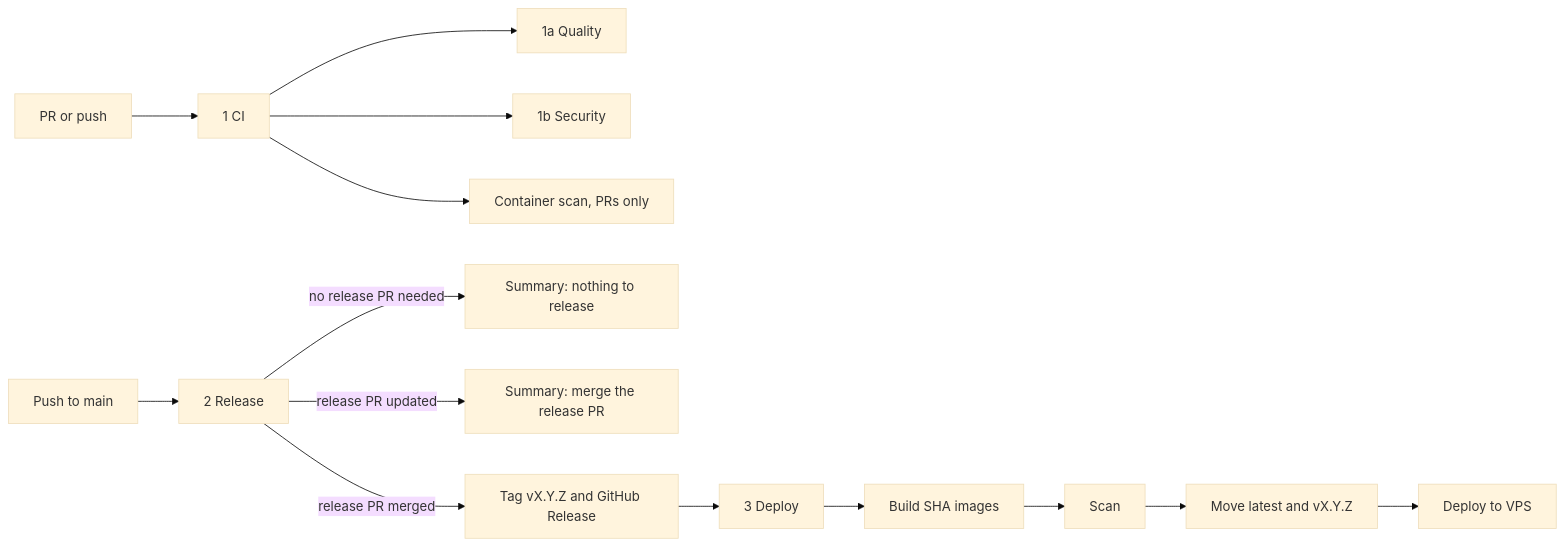
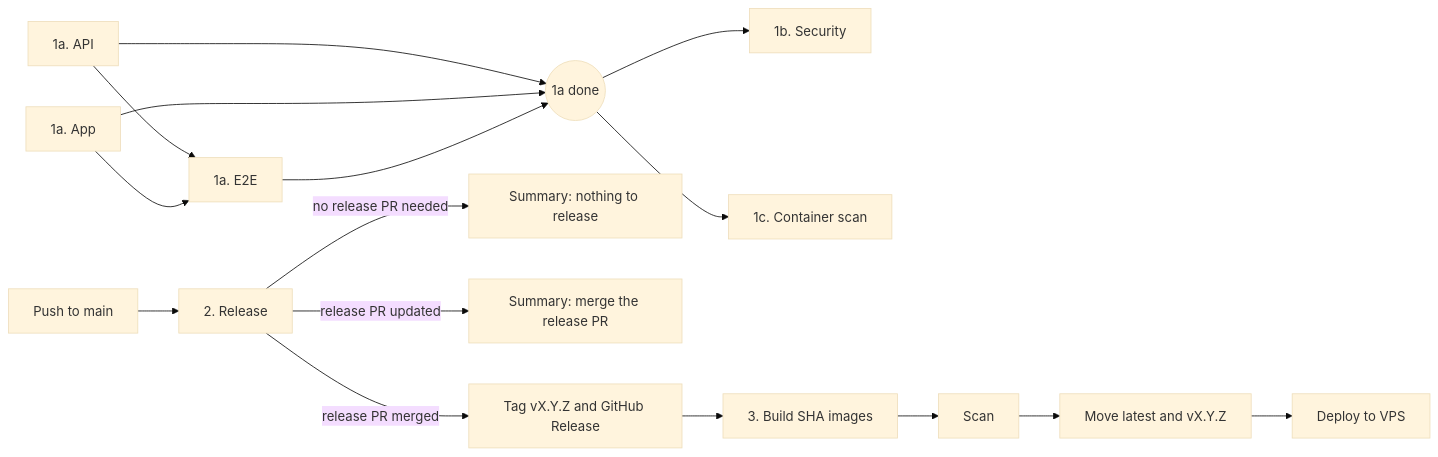
One commit to thiagobraga/planner changed the diagram in docs/ci.md. Above: the diagram before and after it, drawn with Mermaid (base theme). The commit also changed other lines of this file and 7 other files, not shown here.

````diff
--- a/docs/ci.md
+++ b/docs/ci.md
@@ -17,13 +18,15 @@
 ```mermaid
 flowchart LR
-  pr[PR or push] --> ci[1 CI]
-  ci --> q[1a Quality]
-  ci --> s[1b Security]
-  ci --> cs[Container scan, PRs only]
-  main[Push to main] --> rel[2 Release]
+  api[1a. API] --> e2e[1a. E2E]
+  app[1a. App] --> e2e
+  api --> q((1a done))
+  app --> q
+  e2e --> q
+  q --> sec[1b. Security]
+  q --> cs[1c. Container scan]
+  main[Push to main] --> rel[2. Release]
   rel -->|no release PR needed| nothing[Summary: nothing to release]
-  rel -->|release PR updated| pr2[Summary: merge the release PR]
+  rel -->|release PR updated| prn[Summary: merge the release PR]
   rel -->|release PR merged| tag[Tag vX.Y.Z and GitHub Release]
-  tag --> dep[3 Deploy]
-  dep --> build[Build SHA images] --> scan[Scan] --> promote[Move latest and vX.Y.Z] --> vps[Deploy to VPS]
+  tag --> build[3. Build SHA images] --> scan[Scan] --> promote[Move latest and vX.Y.Z] --> vps[Deploy to VPS]
 ```
````
